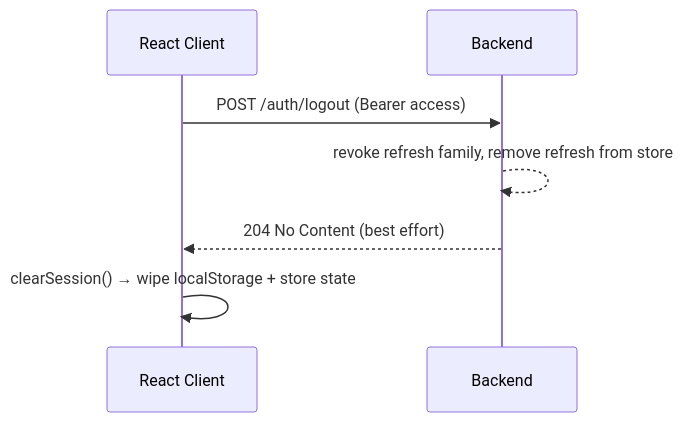
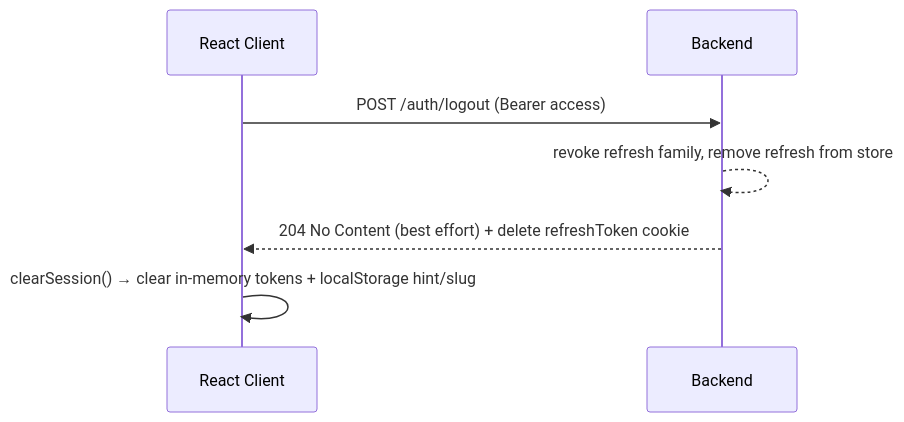
Before and after one commit to mav01981/React-Multi-Tennant: the third of 3 diagrams in docs/contracts/auth-flow.md, drawn with Mermaid. The commit also changed other lines of this file and 45 other files, not shown here.

````diff
--- a/docs/contracts/auth-flow.md
+++ b/docs/contracts/auth-flow.md
@@ -128,10 +135,10 @@
 ```mermaid
 sequenceDiagram
   participant C as React Client
   participant B as Backend
 
   C->>B: POST /auth/logout (Bearer access)
   B-->>B: revoke refresh family, remove refresh from store
-  B-->>C: 204 No Content (best effort)
-  C->>C: clearSession() → wipe localStorage + store state
+  B-->>C: 204 No Content (best effort) + delete refreshToken cookie
+  C->>C: clearSession() → clear in-memory tokens + localStorage hint/slug
 ```
````
